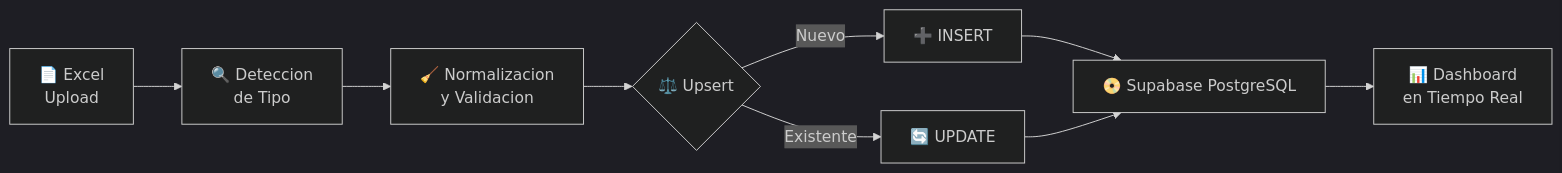
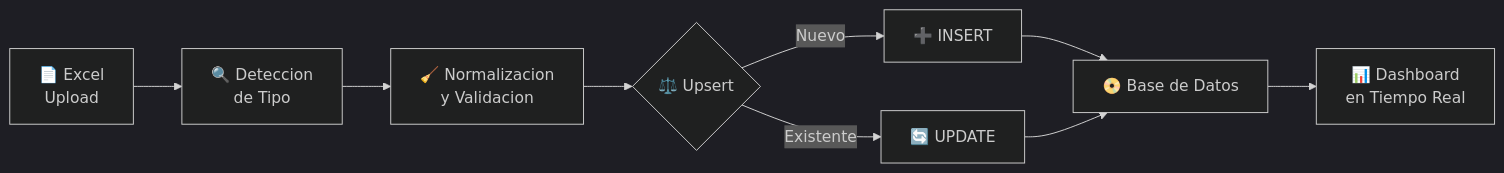
Before and after one commit to mrwil82/SIGAI-SES: the second of 4 diagrams in ENTREGABLES_SIGAI_SES/01_DOCUMENTACION_TECNICA/ARQUITECTURA/01_ARQUITECTURA_SISTEMA.md, drawn with Mermaid (dark theme). The commit also changed other lines of this file and 13 other files, not shown here.

````diff
--- a/ENTREGABLES_SIGAI_SES/01_DOCUMENTACION_TECNICA/ARQUITECTURA/01_ARQUITECTURA_SISTEMA.md
+++ b/ENTREGABLES_SIGAI_SES/01_DOCUMENTACION_TECNICA/ARQUITECTURA/01_ARQUITECTURA_SISTEMA.md
@@ -69,11 +69,11 @@
 ```mermaid
 flowchart LR
     A[📄 Excel<br/>Upload] --> B[🔍 Deteccion<br/>de Tipo]
     B --> C[🧹 Normalizacion<br/>y Validacion]
     C --> D{⚖️ Upsert}
     D -->|Nuevo| E[➕ INSERT]
     D -->|Existente| F[🔄 UPDATE]
-    E --> G[📀 Supabase PostgreSQL]
+    E --> G[📀 Base de Datos]
     F --> G
     G --> H[📊 Dashboard<br/>en Tiempo Real]
 ```
````
